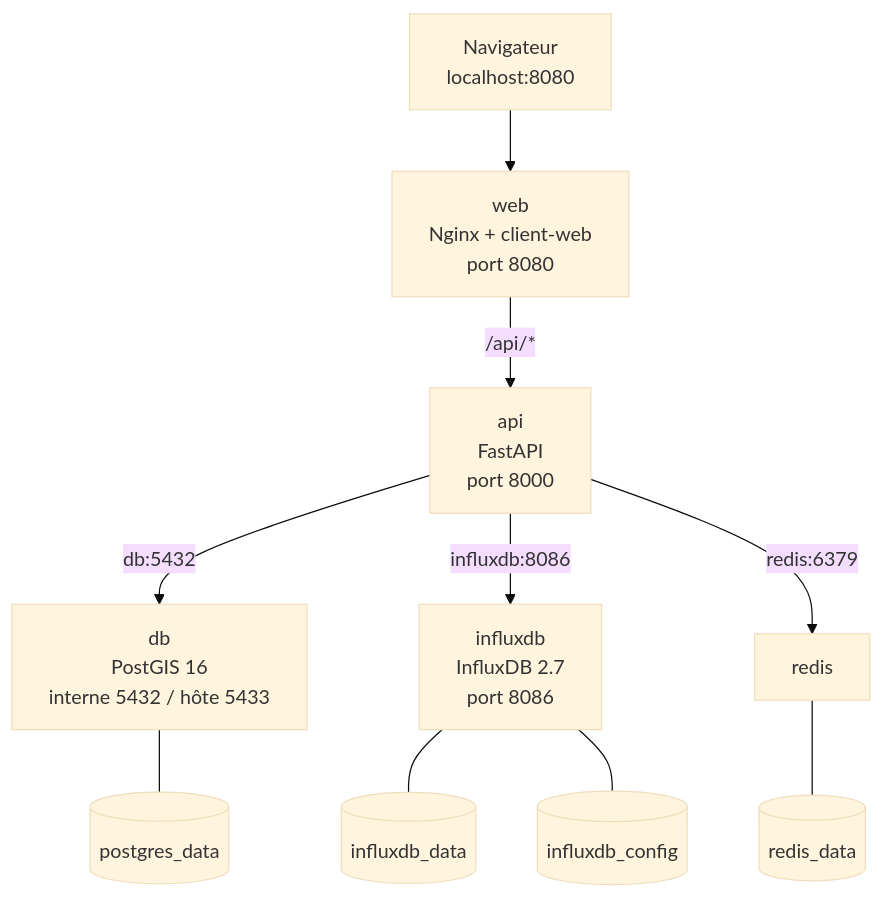
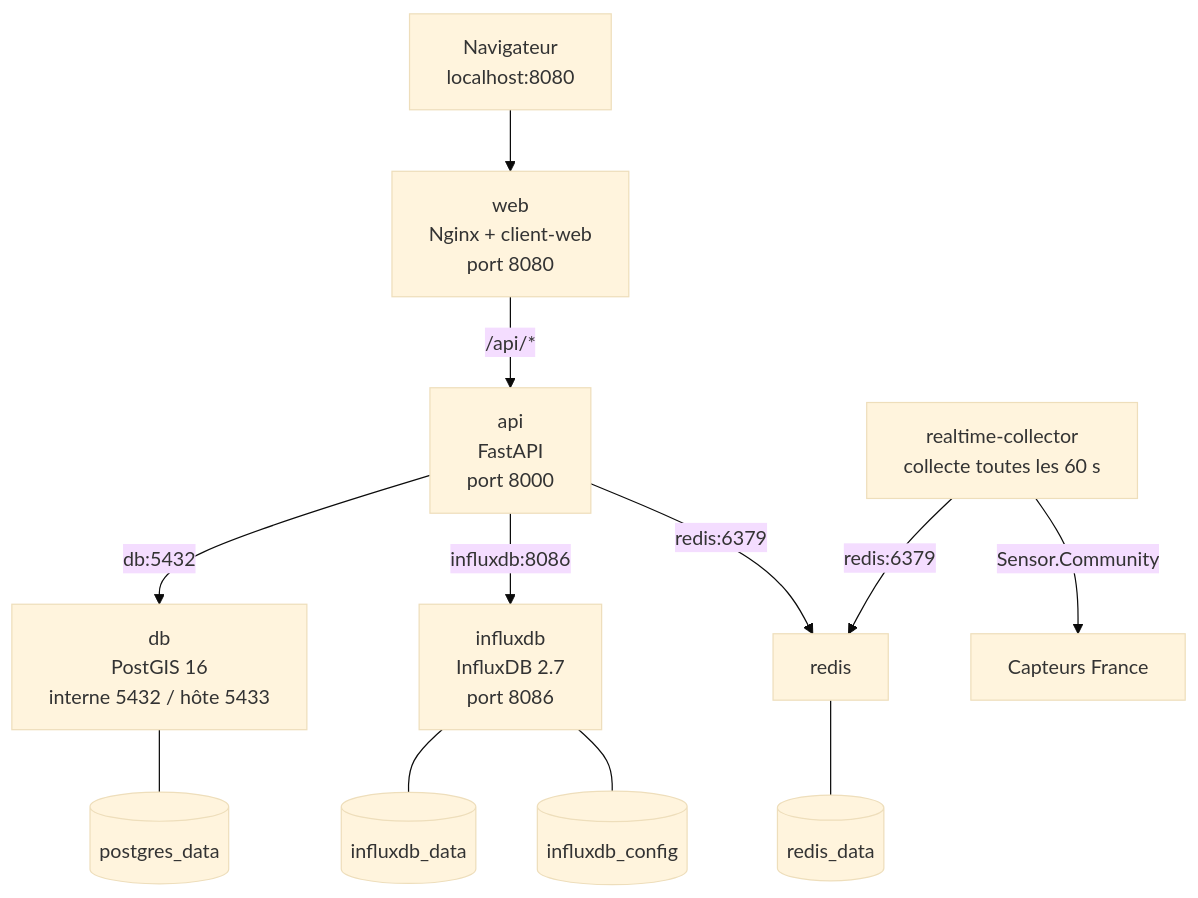
The second of 6 diagrams in docs/architecture.md (ecoterritoire/ecoterritoire), drawn with Mermaid (base theme) before and after one commit. The commit also changed other lines of this file and 11 other files, not shown here.

````diff
--- a/docs/architecture.md
+++ b/docs/architecture.md
@@ -37,22 +37,25 @@
 ```mermaid
 flowchart TB
     browser[Navigateur\nlocalhost:8080]
     web[web\nNginx + client-web\nport 8080]
     api[api\nFastAPI\nport 8000]
+    collector[realtime-collector\ncollecte toutes les 60 s]
     db[db\nPostGIS 16\ninterne 5432 / hôte 5433]
     influx[influxdb\nInfluxDB 2.7\nport 8086]
     pgvolume[(postgres_data)]
     influxvolume[(influxdb_data)]
     configvolume[(influxdb_config)]
     redisvolume[(redis_data)]
 
     browser --> web
     web -->|/api/*| api
     api -->|db:5432| db
     api -->|influxdb:8086| influx
     api -->|redis:6379| redis
+    collector -->|redis:6379| redis
+    collector -->|Sensor.Community| source[Capteurs France]
     db --- pgvolume
     influx --- influxvolume
     influx --- configvolume
     redis --- redisvolume
 ```
````
